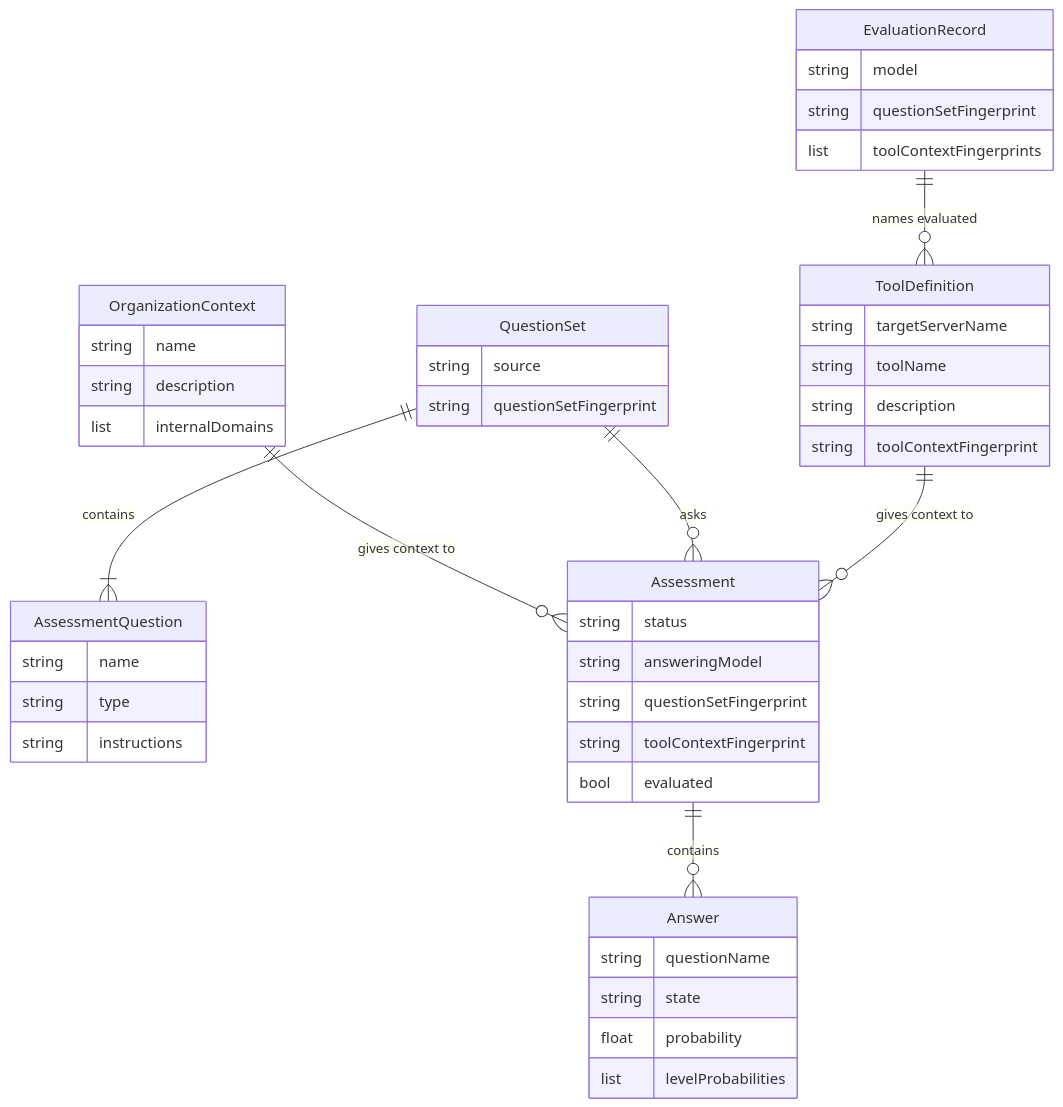
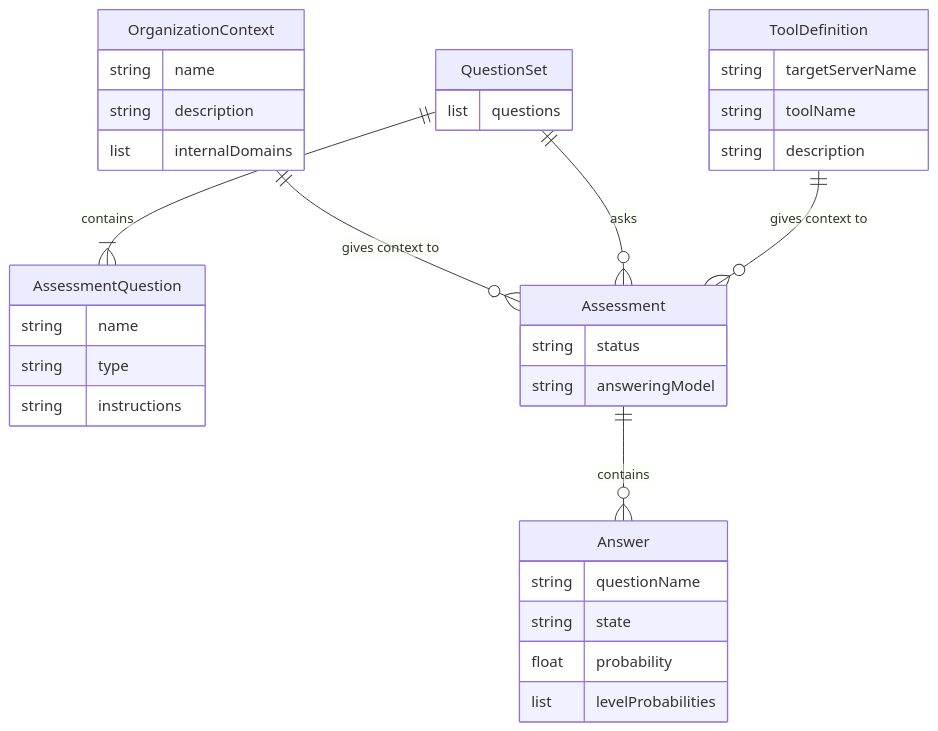
Before and after one commit to zalando-incubator/agentic-identity-broker: the first of 2 diagrams in specs/20261123-194542-decision-model-tool-approvals/spec.md, drawn with Mermaid. The commit also changed other lines of this file and 12 other files, not shown here.

First line of the commit message:
docs(spec): remove measurement from decision model tool approvals

````diff
--- a/specs/20261123-194542-decision-model-tool-approvals/spec.md
+++ b/specs/20261123-194542-decision-model-tool-approvals/spec.md
@@ -1072,47 +938,36 @@
 ```mermaid
 erDiagram
     OrganizationContext {
         string name
         string description
         list internalDomains
     }
     QuestionSet {
-        string source
-        string questionSetFingerprint
+        list questions
     }
     AssessmentQuestion {
         string name
         string type
         string instructions
     }
     ToolDefinition {
         string targetServerName
         string toolName
         string description
-        string toolContextFingerprint
     }
     Assessment {
         string status
         string answeringModel
-        string questionSetFingerprint
-        string toolContextFingerprint
-        bool evaluated
     }
     Answer {
         string questionName
         string state
         float probability
         list levelProbabilities
     }
-    EvaluationRecord {
-        string model
-        string questionSetFingerprint
-        list toolContextFingerprints
-    }
     QuestionSet ||--|{ AssessmentQuestion : "contains"
     OrganizationContext ||--o{ Assessment : "gives context to"
     QuestionSet ||--o{ Assessment : "asks"
     ToolDefinition ||--o{ Assessment : "gives context to"
     Assessment ||--o{ Answer : "contains"
-    EvaluationRecord ||--o{ ToolDefinition : "names evaluated"
 ```
````
